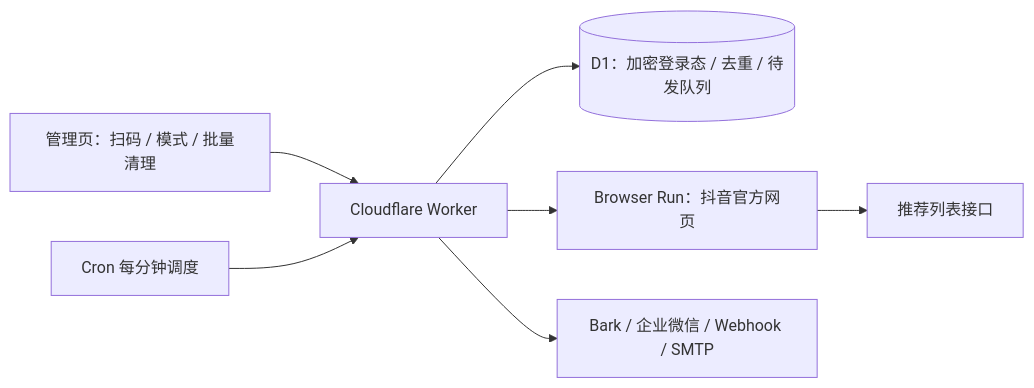
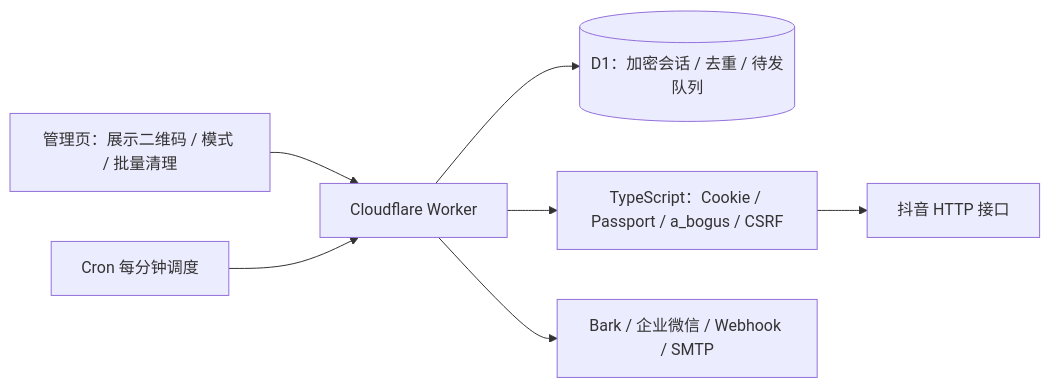
The diagram in README.md (Tommyeth/douyin-unrecommend), drawn with Mermaid before and after one commit. The commit also changed other lines of this file and 21 other files, not shown here.

Commit message:
feat: add browser-free HTTP protocol runtime for Workers

````diff
--- a/README.md
+++ b/README.md
@@ -27,9 +25,9 @@
 ```mermaid
 flowchart LR
-  A[管理页：扫码 / 模式 / 批量清理] --> W[Cloudflare Worker]
+  A[管理页：展示二维码 / 模式 / 批量清理] --> W[Cloudflare Worker]
   C[Cron 每分钟调度] --> W
-  W --> D[(D1：加密登录态 / 去重 / 待发队列)]
-  W --> B[Browser Run：抖音官方网页]
-  B --> R[推荐列表接口]
+  W --> D[(D1：加密会话 / 去重 / 待发队列)]
+  W --> P[TypeScript：Cookie / Passport / a_bogus / CSRF]
+  P --> R[抖音 HTTP 接口]
   W --> N[Bark / 企业微信 / Webhook / SMTP]
 ```
````
